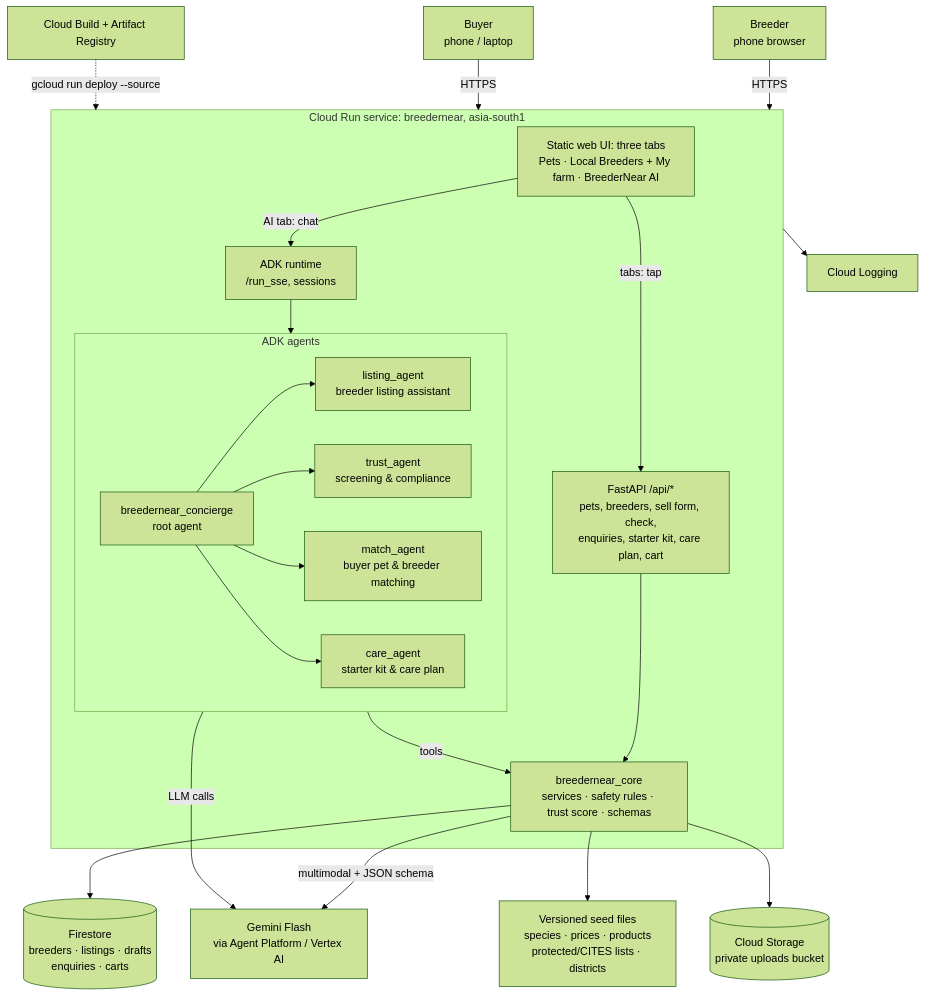
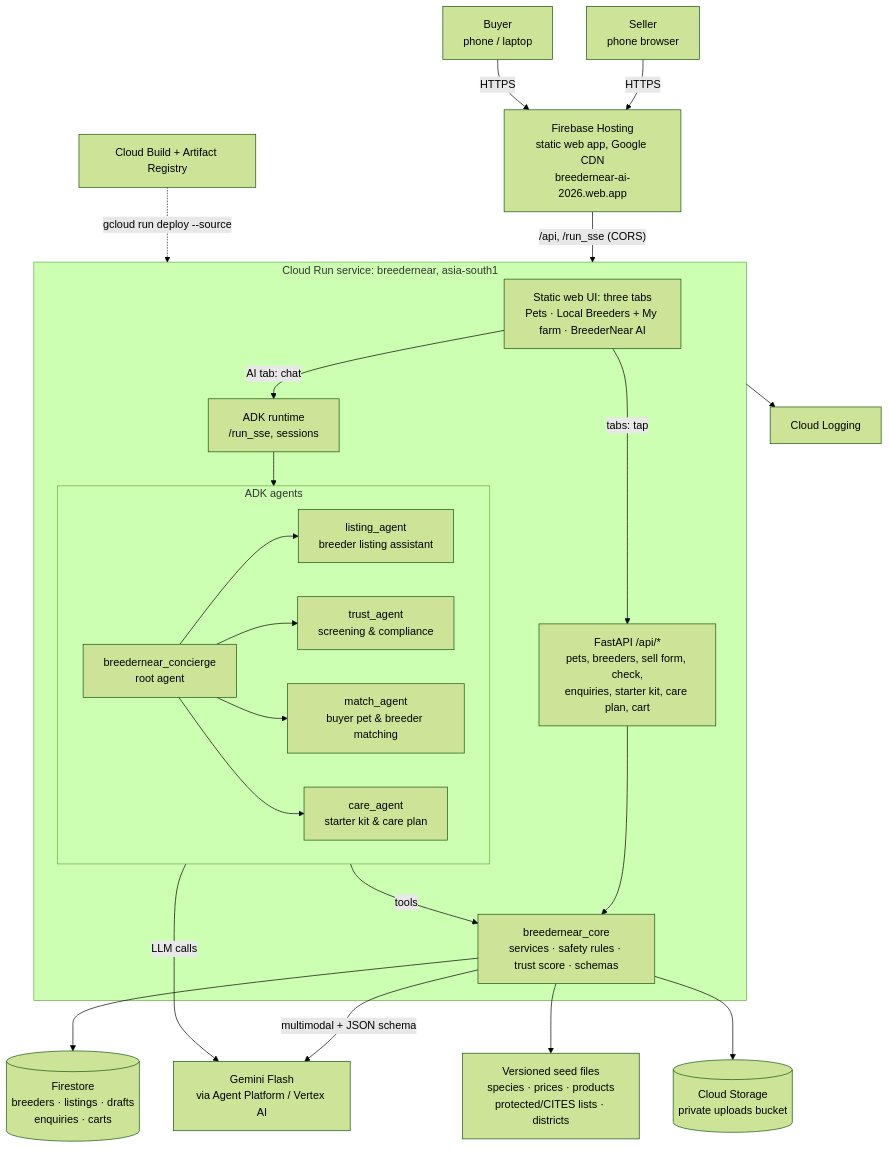
One commit to sudarsan-22/breedernear-ai changed the first of 3 diagrams in docs/implementation/01-architecture.md. Above: the diagram before and after it, drawn with Mermaid (forest theme). The commit also changed other lines of this file and 21 other files, not shown here.

First line of the commit message:
feat: Firebase Hosting for the web app; API and AI stay on Cloud Run

````diff
--- a/docs/implementation/01-architecture.md
+++ b/docs/implementation/01-architecture.md
@@ -14,33 +14,34 @@
 ```mermaid
 flowchart TD
-    B[Breeder<br/>phone browser] -->|HTTPS| CR
-    U[Buyer<br/>phone / laptop] -->|HTTPS| CR
+    B[Seller<br/>phone browser] -->|HTTPS| FH
+    U[Buyer<br/>phone / laptop] -->|HTTPS| FH
+    FH[Firebase Hosting<br/>static web app, Google CDN<br/>breedernear-ai-2026.web.app] -->|"/api, /run_sse (CORS)"| CR
 
     subgraph CR[Cloud Run service: breedernear, asia-south1]
         WEB[Static web UI: three tabs<br/>Pets · Local Breeders + My farm · BreederNear AI]
         API[FastAPI /api/*<br/>pets, breeders, sell form, check,<br/>enquiries, starter kit, care plan, cart]
         ADK[ADK runtime<br/>/run_sse, sessions]
         subgraph AG[ADK agents]
             ROOT[breedernear_concierge<br/>root agent]
             LIST[listing_agent<br/>breeder listing assistant]
             TRUST[trust_agent<br/>screening & compliance]
             MATCH[match_agent<br/>buyer pet & breeder matching]
             CARE[care_agent<br/>starter kit & care plan]
             ROOT --> LIST & TRUST & MATCH & CARE
         end
         CORE[breedernear_core<br/>services · safety rules · trust score · schemas]
         WEB -->|tabs: tap| API
         WEB -->|AI tab: chat| ADK
         ADK --> AG
         AG -->|tools| CORE
         API --> CORE
     end
 
     CORE -->|multimodal + JSON schema| GEM[Gemini Flash<br/>via Agent Platform / Vertex AI]
     AG -->|LLM calls| GEM
     CORE --> FS[(Firestore<br/>breeders · listings · drafts<br/>enquiries · carts)]
     CORE --> REF[Versioned seed files<br/>species · prices · products<br/>protected/CITES lists · districts]
     CORE --> GCS[(Cloud Storage<br/>private uploads bucket)]
     CR --> LOG[Cloud Logging]
     CB[Cloud Build + Artifact Registry] -.->|gcloud run deploy --source| CR
 ```
````
